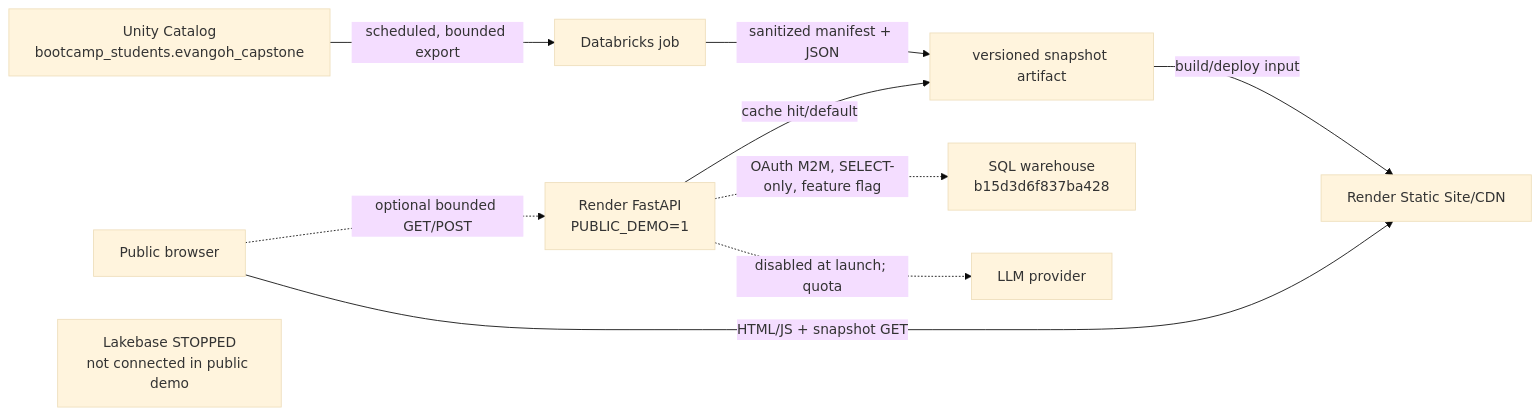
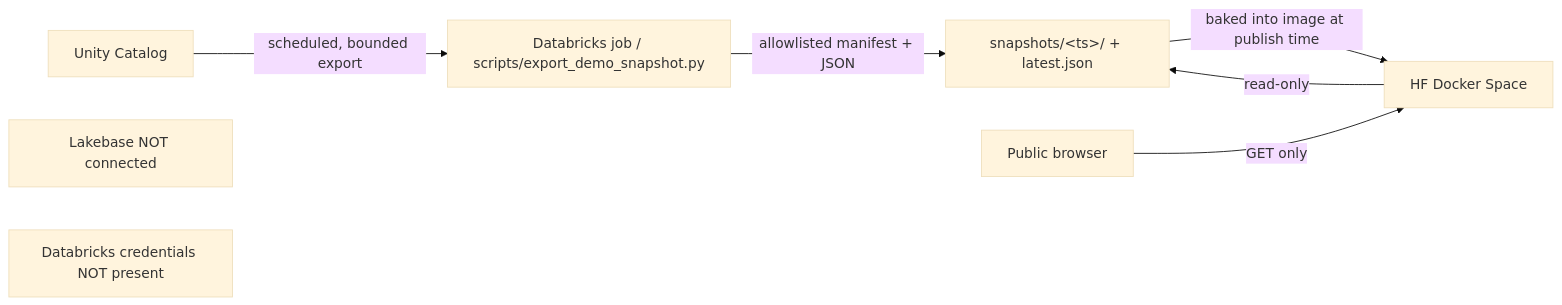
One commit to evangoh122/quant_platform_1 changed the diagram in docs/HF_SPACE_DEPLOY.md. Above: the diagram before and after it, drawn with Mermaid (base theme). The commit also changed other lines of this file and 14 other files, not shown here.

````diff
--- a/docs/HF_SPACE_DEPLOY.md
+++ b/docs/HF_SPACE_DEPLOY.md
@@ -25,12 +29,10 @@
 ```mermaid
 flowchart LR
-  UC[Unity Catalog\nbootcamp_students.evangoh_capstone] -->|scheduled, bounded export| JOB[Databricks job]
-  JOB -->|sanitized manifest + JSON| ART[versioned snapshot artifact]
-  ART -->|build/deploy input| CDN[Render Static Site/CDN]
-  B[Public browser] -->|HTML/JS + snapshot GET| CDN
-  B -. optional bounded GET/POST .-> API[Render FastAPI\nPUBLIC_DEMO=1]
-  API -->|cache hit/default| ART
-  API -. OAuth M2M, SELECT-only, feature flag .-> SQL[SQL warehouse\nb15d3d6f837ba428]
-  API -. disabled at launch; quota .-> LLM[LLM provider]
-  LB[Lakebase STOPPED\nnot connected in public demo]
+  UC[Unity Catalog] -->|scheduled, bounded export| JOB[Databricks job / scripts/export_demo_snapshot.py]
+  JOB -->|allowlisted manifest + JSON| SNAP[snapshots/&lt;ts&gt;/ + latest.json]
+  SNAP -->|baked into image at publish time| IMG[HF Docker Space]
+  B[Public browser] -->|GET only| IMG
+  IMG -->|read-only| SNAP
+  LB[Lakebase NOT connected]
+  SP[Databricks credentials NOT present]
 ```
````
